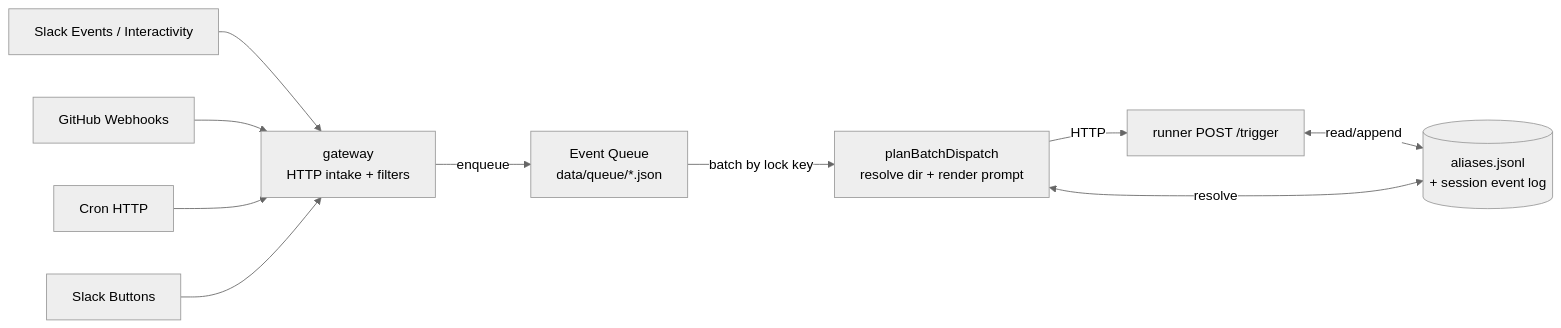
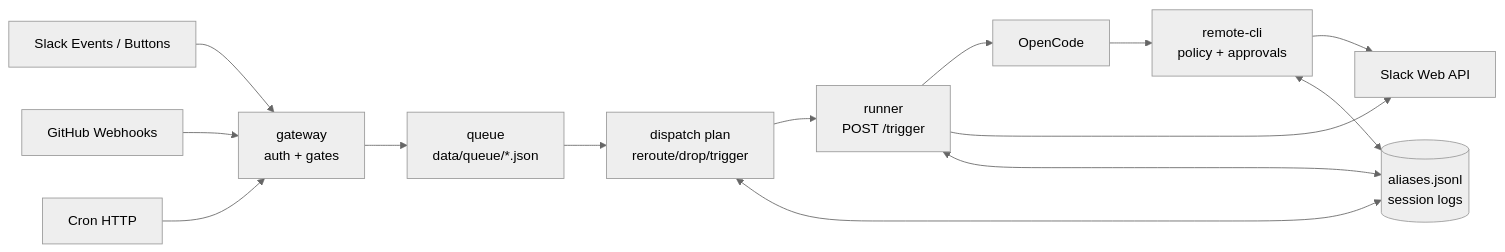
The diagram in docs/feat/event-flow.md (scoutqa-dot-ai/thor), drawn with Mermaid (neutral theme) before and after one commit. The commit also changed other lines of this file and 2 other files, not shown here.

Commit message:
docs: simplify event flow docs

````diff
--- a/docs/feat/event-flow.md
+++ b/docs/feat/event-flow.md
@@ -7,23 +22,29 @@
 ```mermaid
 flowchart LR
-    Slack[Slack Events / Interactivity]
+    Slack[Slack Events / Buttons]
     GH[GitHub Webhooks]
     Cron[Cron HTTP]
-    Approval[Slack Buttons]
 
-    GW[gateway<br/>HTTP intake + filters]
-    Q[Event Queue<br/>data/queue/*.json]
-    PBD[planBatchDispatch<br/>resolve dir + render prompt]
-    RT[runner POST /trigger]
-    AL[(aliases.jsonl<br/>+ session event log)]
+    GW[gateway<br/>auth + gates]
+    Q[queue<br/>data/queue/*.json]
+    Dispatch[dispatch plan<br/>reroute/drop/trigger]
+    Runner[runner<br/>POST /trigger]
+    OC[OpenCode]
+    RC[remote-cli<br/>policy + approvals]
+    Aliases[(aliases.jsonl<br/>session logs)]
+    SlackAPI[Slack Web API]
 
     Slack --> GW
     GH --> GW
     Cron --> GW
-    Approval --> GW
-    GW -->|enqueue| Q
-    Q -->|batch by lock key| PBD
-    PBD -->|HTTP| RT
-    RT <-->|read/append| AL
-    PBD <-->|resolve| AL
+    GW --> Q
+    Q --> Dispatch
+    Dispatch --> Runner
+    Runner --> OC
+    OC --> RC
+    Runner --> SlackAPI
+    RC --> SlackAPI
+    Runner <--> Aliases
+    Dispatch <--> Aliases
+    RC <--> Aliases
 ```
````
